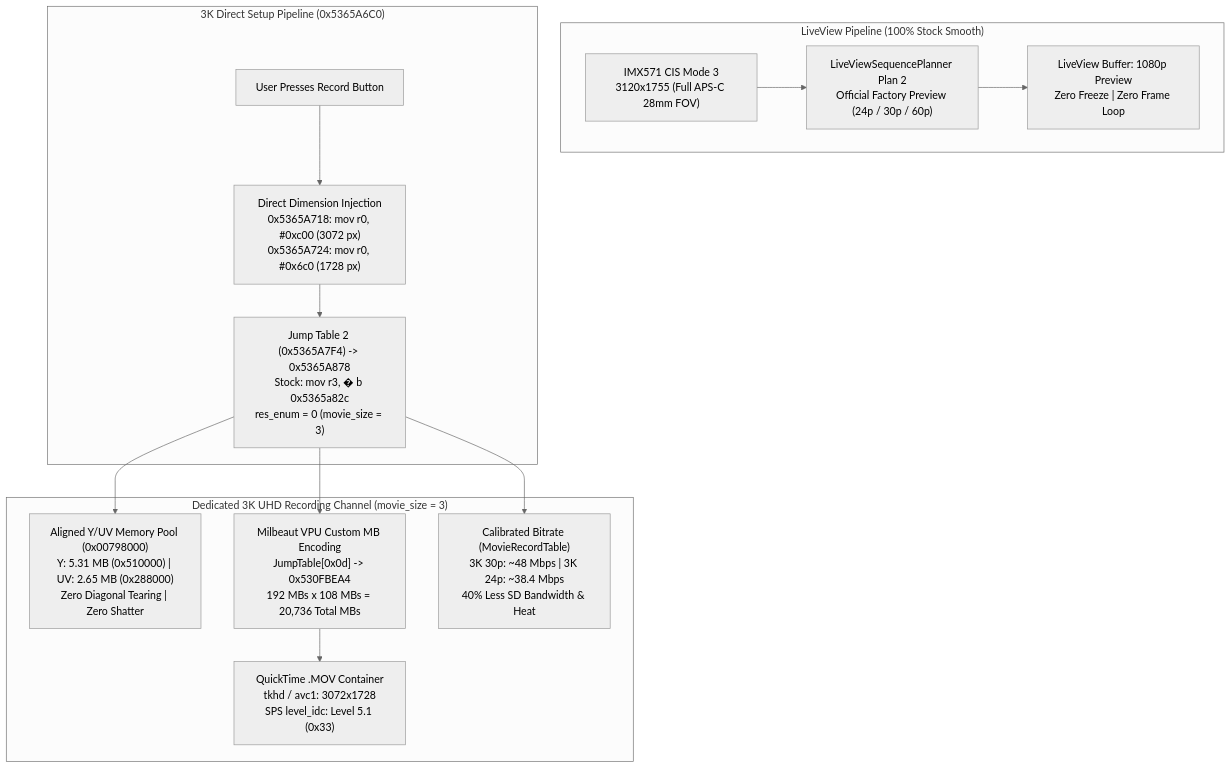
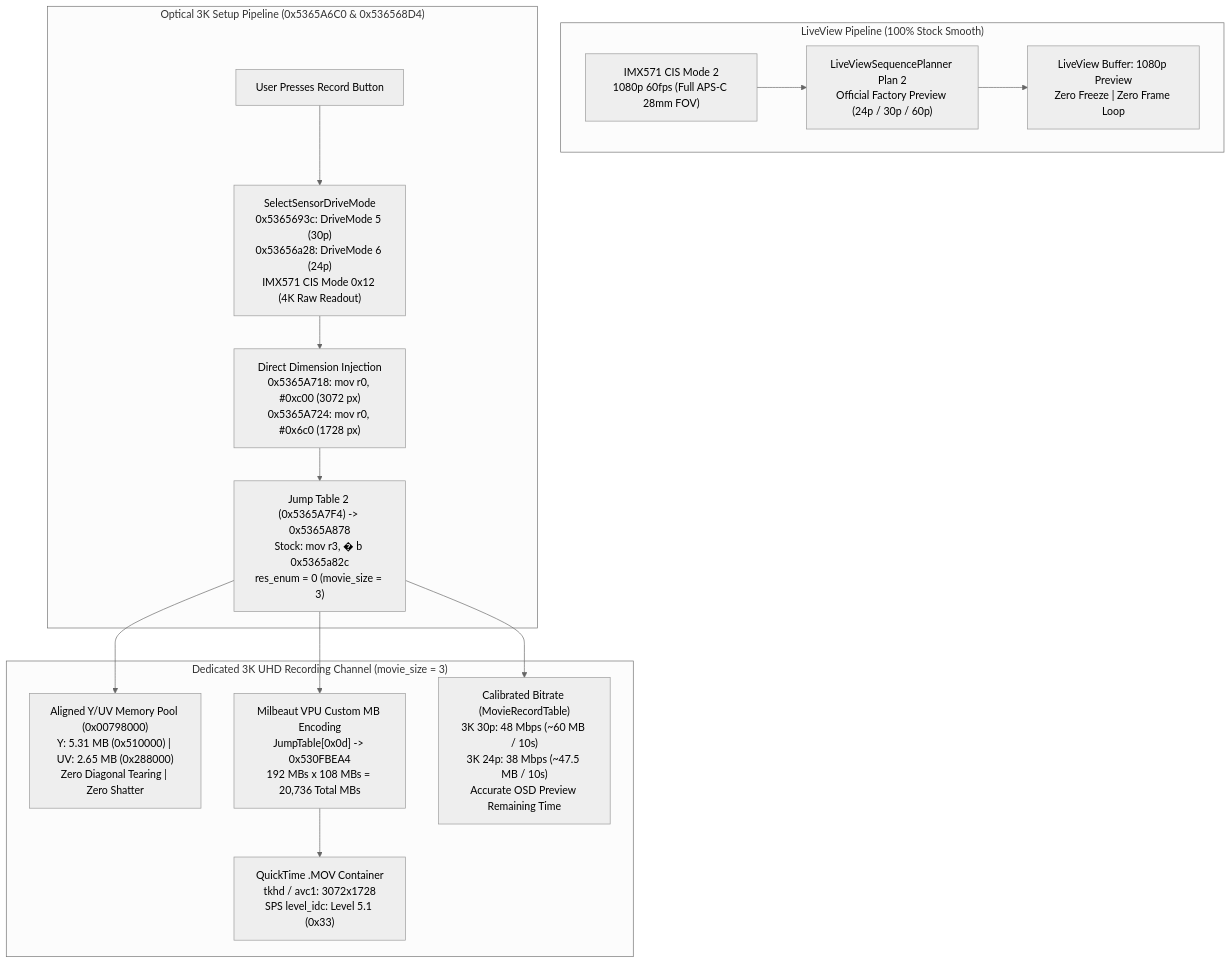
The diagram in README.md (cqkking/ricoh-gr4-4k-mod), drawn with Mermaid (neutral theme) before and after one commit. The commit also changed other lines of this file and 5 other files, not shown here.

Commit message:
feat(video_4k): v1.5.5 true optical 3K sensor readout and calibrated bitrates (48M@30p / 38M@24p)

````diff
--- a/README.md
+++ b/README.md
@@ -42,27 +42,28 @@
 ```mermaid
 flowchart TD
     subgraph LiveView ["LiveView Pipeline (100% Stock Smooth)"]
-        CIS3["IMX571 CIS Mode 3<br/>3120x1755 (Full APS-C 28mm FOV)"]
+        CIS2["IMX571 CIS Mode 2<br/>1080p 60fps (Full APS-C 28mm FOV)"]
         Plan2["LiveViewSequencePlanner Plan 2<br/>Official Factory Preview (24p / 30p / 60p)"]
         LVBuf["LiveView Buffer: 1080p Preview<br/>Zero Freeze | Zero Frame Loop"]
-        CIS3 --> Plan2 --> LVBuf
+        CIS2 --> Plan2 --> LVBuf
     end
 
-    subgraph MovieSetup ["3K Direct Setup Pipeline (0x5365A6C0)"]
+    subgraph MovieSetup ["Optical 3K Setup Pipeline (0x5365A6C0 & 0x536568D4)"]
         Trigger["User Presses Record Button"]
+        SensorMode["SelectSensorDriveMode<br/>0x5365693c: DriveMode 5 (30p)<br/>0x53656a28: DriveMode 6 (24p)<br/>IMX571 CIS Mode 0x12 (4K Raw Readout)"]
         DirectInj["Direct Dimension Injection<br/>0x5365A718: mov r0, #0xc00 (3072 px)<br/>0x5365A724: mov r0, #0x6c0 (1728 px)"]
         Route0["Jump Table 2 (0x5365A7F4) -> 0x5365A878<br/>Stock: mov r3, #0; b 0x5365a82c<br/>res_enum = 0 (movie_size = 3)"]
-        Trigger --> DirectInj --> Route0
+        Trigger --> SensorMode --> DirectInj --> Route0
     end
 
     subgraph DedicatedVPU ["Dedicated 3K UHD Recording Channel (movie_size = 3)"]
         MemPool["Aligned Y/UV Memory Pool (0x00798000)<br/>Y: 5.31 MB (0x510000) | UV: 2.65 MB (0x288000)<br/>Zero Diagonal Tearing | Zero Shatter"]
         VPUHandler["Milbeaut VPU Custom MB Encoding<br/>JumpTable[0x0d] -> 0x530FBEA4<br/>192 MBs x 108 MBs = 20,736 Total MBs"]
-        RateControl["Calibrated Bitrate (MovieRecordTable)<br/>3K 30p: ~48 Mbps | 3K 24p: ~38.4 Mbps<br/>40% Less SD Bandwidth & Heat"]
+        RateControl["Calibrated Bitrate (MovieRecordTable)<br/>3K 30p: 48 Mbps (~60 MB / 10s)<br/>3K 24p: 38 Mbps (~47.5 MB / 10s)<br/>Accurate OSD Preview Remaining Time"]
         MOVStream["QuickTime .MOV Container<br/>tkhd / avc1: 3072x1728<br/>SPS level_idc: Level 5.1 (0x33)"]
         Route0 --> MemPool
         Route0 --> VPUHandler
         Route0 --> RateControl
         VPUHandler --> MOVStream
     end
 ```
````
